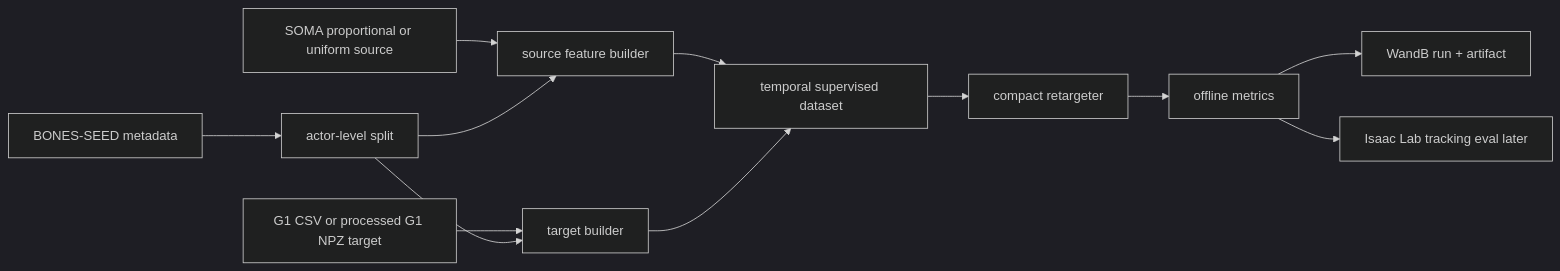
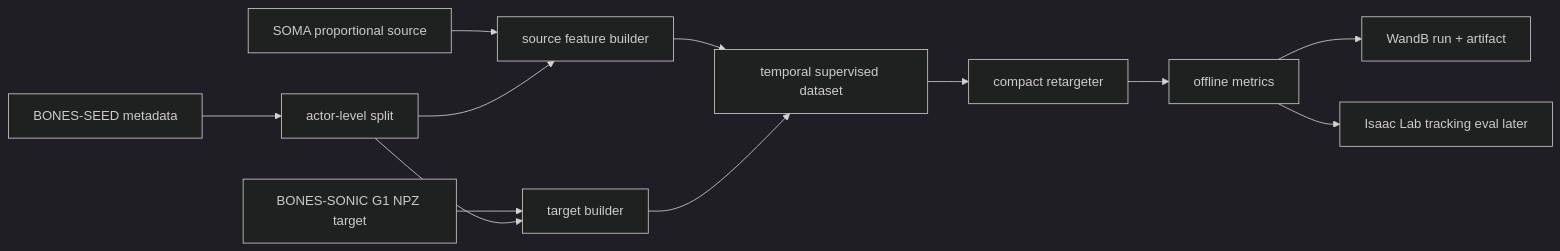
Before and after one commit to Lr-2002/OnlineRetarget_Sonic: the first of 2 diagrams in docs/architecture.md, drawn with Mermaid (dark theme). The commit also changed other lines of this file and 56 other files, not shown here.

````diff
--- a/docs/architecture.md
+++ b/docs/architecture.md
@@ -13,14 +15,14 @@
 ```mermaid
 flowchart LR
     A[BONES-SEED metadata] --> B[actor-level split]
-    C[SOMA proportional or uniform source] --> D[source feature builder]
-    E[G1 CSV or processed G1 NPZ target] --> F[target builder]
+    C[SOMA proportional source] --> D[source feature builder]
+    E[BONES-SONIC G1 NPZ target] --> F[target builder]
     B --> D
     B --> F
     D --> G[temporal supervised dataset]
     F --> G
     G --> H[compact retargeter]
     H --> I[offline metrics]
     I --> J[WandB run + artifact]
     I --> K[Isaac Lab tracking eval later]
 ```
````
